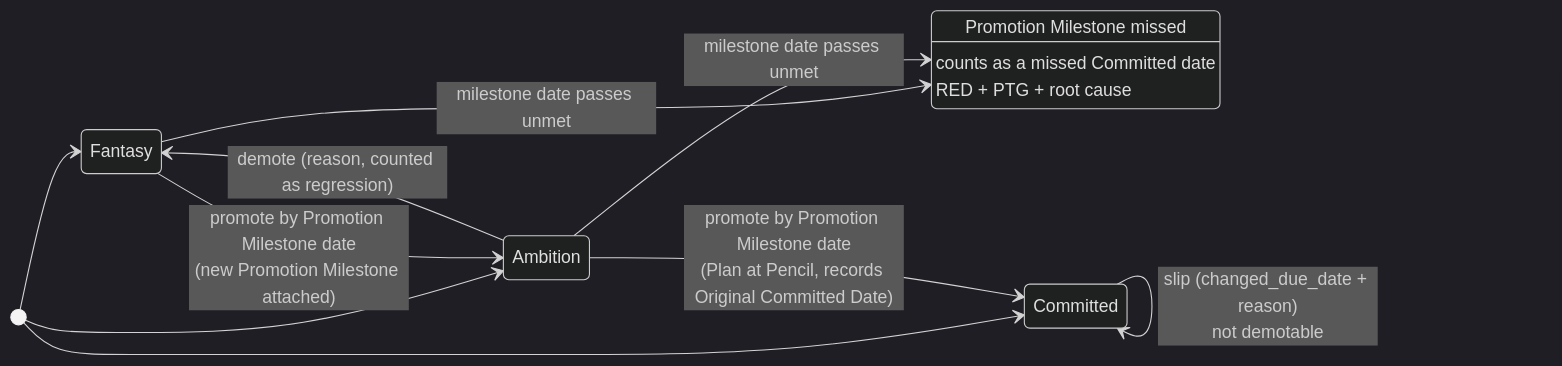
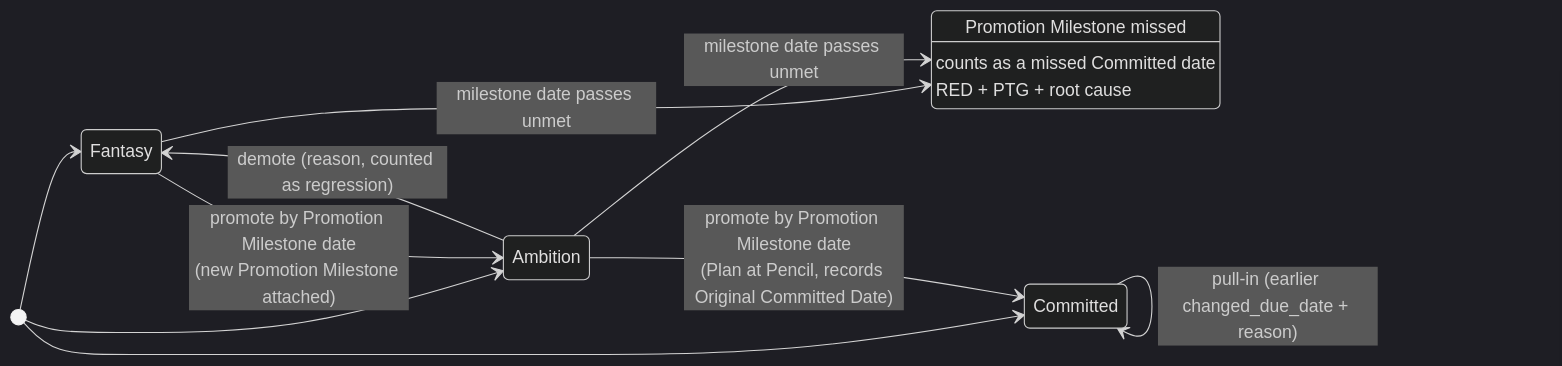
Before and after one commit to tig/goalie: the first of 2 diagrams in docs/specs/SPEC.md, drawn with Mermaid (dark theme). The commit also changed other lines of this file and 13 other files, not shown here.

First line of the commit message:
Goal page: Committed Date label, Record a pull-in, labels inside the date bar, a plan for a Committed sub-goal (#60, #62, #64, #65)

````diff
--- a/docs/specs/SPEC.md
+++ b/docs/specs/SPEC.md
@@ -298,16 +301,17 @@
 ```mermaid
 stateDiagram-v2
     direction LR
     state "Promotion Milestone missed" as Missed
     [*] --> Fantasy
     [*] --> Ambition
     [*] --> Committed
     Fantasy --> Ambition: promote by Promotion Milestone date<br/>(new Promotion Milestone attached)
     Ambition --> Committed: promote by Promotion Milestone date<br/>(Plan at Pencil, records Original Committed Date)
     Ambition --> Fantasy: demote (reason, counted as regression)
     Committed --> Committed: slip (changed_due_date + reason)<br/>not demotable
+    Committed --> Committed: pull-in (earlier changed_due_date + reason)
 
     Fantasy --> Missed: milestone date passes unmet
     Ambition --> Missed: milestone date passes unmet
     Missed: counts as a missed Committed date<br/>RED + PTG + root cause
 ```
````
